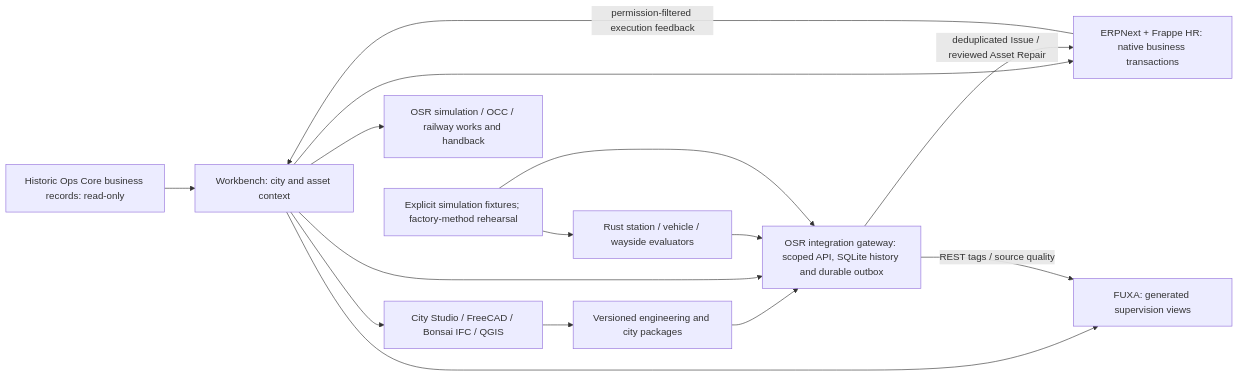
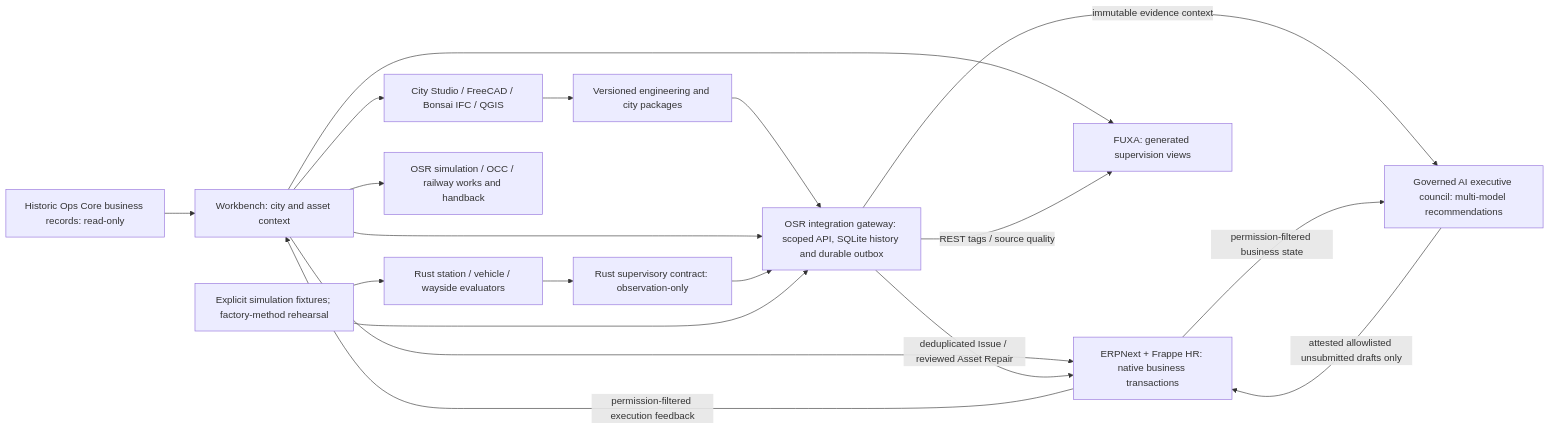
Before and after one commit to modernecotech/OpenSourceRail: the first of 9 diagrams in docs/software-architecture-diagrams.md, drawn with Mermaid. The commit also changed other lines of this file and 67 other files, not shown here.

Commit message:
Integrate topography, governed AI review, and Rust assurance

````diff
--- a/docs/software-architecture-diagrams.md
+++ b/docs/software-architecture-diagrams.md
@@ -17,27 +17,33 @@
 ```mermaid
 flowchart LR
   UI["Workbench: city and asset context"]
   Design["City Studio / FreeCAD / Bonsai IFC / QGIS"]
   Twin["Versioned engineering and city packages"]
   ERP["ERPNext + Frappe HR: native business transactions"]
   Gateway["OSR integration gateway: scoped API, SQLite history and durable outbox"]
+  Contract["Rust supervisory contract: observation-only"]
   FUXA["FUXA: generated supervision views"]
   Native["Rust station / vehicle / wayside evaluators"]
+  Council["Governed AI executive council: multi-model recommendations"]
   Fixture["Explicit simulation fixtures; factory-method rehearsal"]
   Railway["OSR simulation / OCC / railway works and handback"]
   Legacy["Historic Ops Core business records: read-only"]
   UI --> Design
   Design --> Twin
   Twin --> Gateway
   UI --> ERP
   UI --> FUXA
   UI --> Railway
   UI --> Gateway
   Fixture --> Native
-  Native --> Gateway
+  Native --> Contract
+  Contract --> Gateway
   Fixture --> Gateway
   Gateway -->|deduplicated Issue / reviewed Asset Repair| ERP
   ERP -->|permission-filtered execution feedback| UI
   Gateway -->|REST tags / source quality| FUXA
+  Gateway -->|immutable evidence context| Council
+  ERP -->|permission-filtered business state| Council
+  Council -->|attested allowlisted unsubmitted drafts only| ERP
   Legacy --> UI
 ```
````
